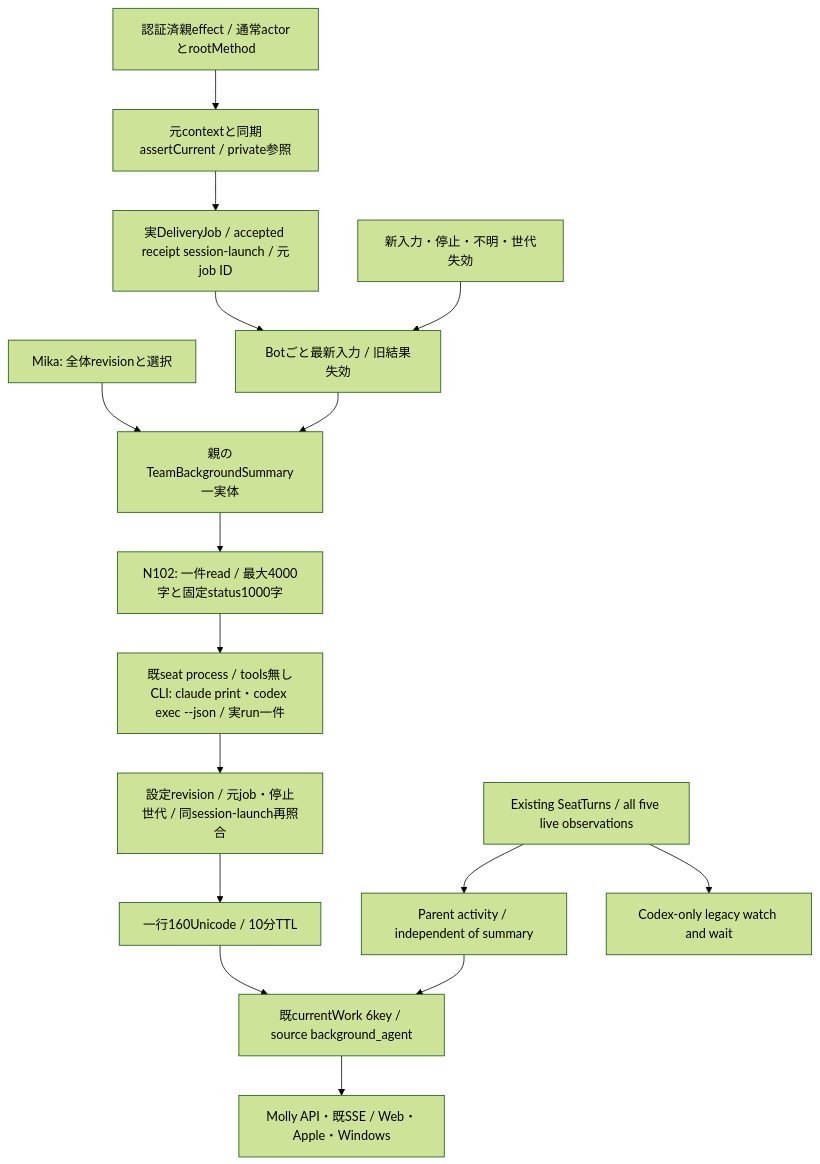
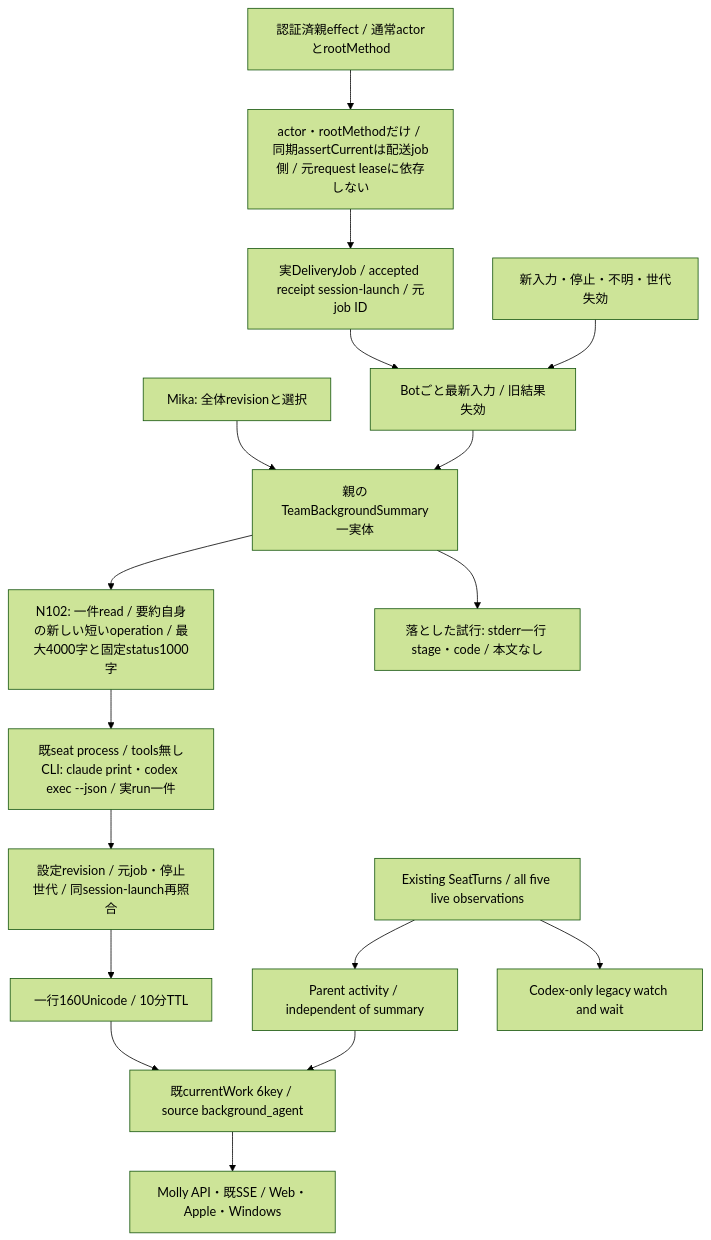
The diagram in docs/architecture/modules/execution/current-work.md (kitepon/BellTeam), drawn with Mermaid (forest theme) before and after one commit. The commit also changed other lines of this file and 11 other files, not shown here.

````diff
--- a/docs/architecture/modules/execution/current-work.md
+++ b/docs/architecture/modules/execution/current-work.md
@@ -5,18 +5,19 @@
 ```mermaid
 flowchart TD
   Settings[Mika: 全体revisionと選択] --> Worker[親のTeamBackgroundSummary一実体]
-  Effect[認証済親effect / 通常actorとrootMethod] --> Authority[元contextと同期assertCurrent / private参照]
+  Effect[認証済親effect / 通常actorとrootMethod] --> Authority[actor・rootMethodだけ / 同期assertCurrentは配送job側 / 元request leaseに依存しない]
   Authority --> Job[実DeliveryJob / accepted receipt session-launch / 元job ID]
   Job --> Latest[Botごと最新入力 / 旧結果失効]
   Latest --> Worker
-  Worker --> Reader[N102: 一件read / 最大4000字と固定status1000字]
+  Worker --> Reader[N102: 一件read / 要約自身の新しい短いoperation / 最大4000字と固定status1000字]
   Reader --> Runner[既seat process / tools無しCLI: claude print・codex exec --json / 実run一件]
   Runner --> Check[設定revision / 元job・停止世代 / 同session-launch再照合]
   Check --> Memory[一行160Unicode / 10分TTL]
+  Worker --> Drop[落とした試行: stderr一行 stage・code / 本文なし]
   Native[Existing SeatTurns / all five live observations] --> State[Parent activity / independent of summary]
   Native --> Legacy[Codex-only legacy watch and wait]
   Memory --> DTO[既currentWork 6key / source background_agent]
   State --> DTO
   DTO --> Public[Molly API・既SSE / Web・Apple・Windows]
   End[新入力・停止・不明・世代失効] --> Latest
 ```
````
